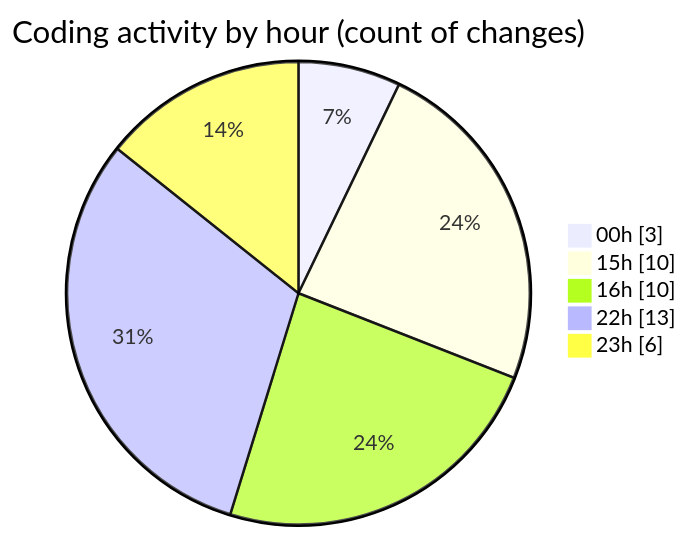
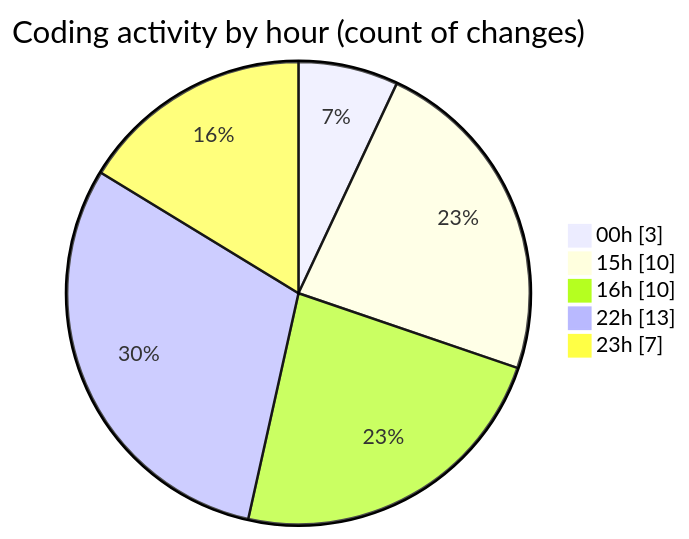
One commit to idhammustaqopulfikri/code-tracking changed the second of 2 diagrams in 2025-03-30/autodidak/README.md. Above: the diagram before and after it, drawn with Mermaid. The commit also changed other lines of this file and 1 other file, not shown here.

````diff
--- a/2025-03-30/autodidak/README.md
+++ b/2025-03-30/autodidak/README.md
@@ -37,9 +37,9 @@
 ```mermaid
 pie showData
 title Coding activity by hour (count of changes)
 "00h" : 3
 "15h" : 10
 "16h" : 10
 "22h" : 13
-"23h" : 6
+"23h" : 7
 ```
````
